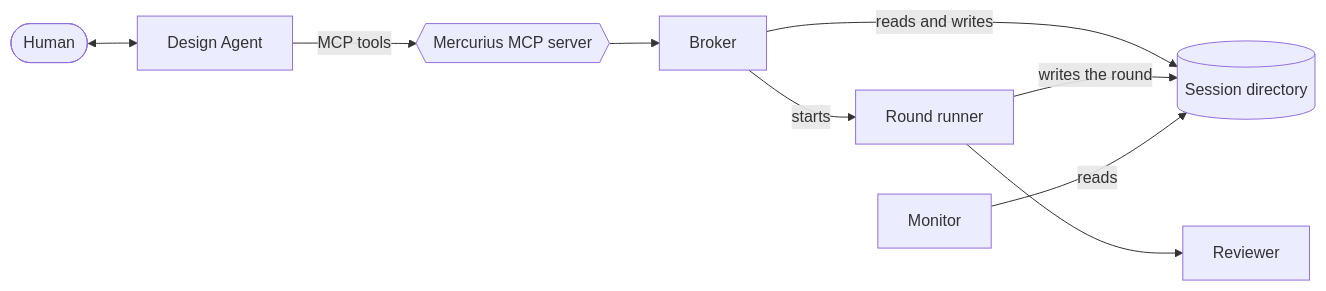
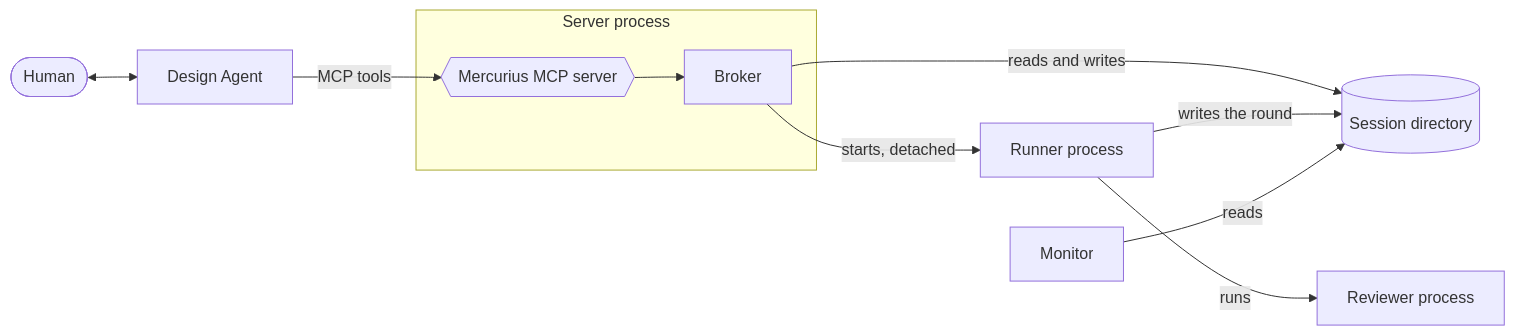
Before and after one commit to michaelquigley/mercurius: the diagram in docs/current/architecture.md, drawn with Mermaid. The commit also changed other lines of this file and 32 other files, not shown here.

````diff
--- a/docs/current/architecture.md
+++ b/docs/current/architecture.md
@@ -5,20 +5,22 @@
 ```mermaid
 flowchart LR
     Human([Human])
     DA[Design Agent]
-    M{{Mercurius MCP server}}
-    B[Broker]
-    RN[Round runner]
-    R[Reviewer]
+    subgraph S[Server process]
+        M{{Mercurius MCP server}}
+        B[Broker]
+    end
+    RN[Runner process]
+    R[Reviewer process]
     FS[(Session directory)]
     MON[Monitor]
 
     Human <--> DA
     DA -- MCP tools --> M
     M --> B
     B -- reads and writes --> FS
-    B -- starts --> RN
-    RN --> R
+    B -- starts, detached --> RN
+    RN -- runs --> R
     RN -- writes the round --> FS
     MON -- reads --> FS
 ```
````
